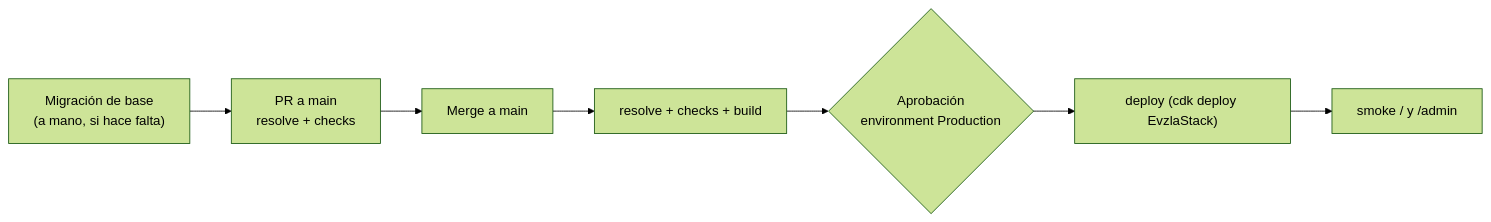
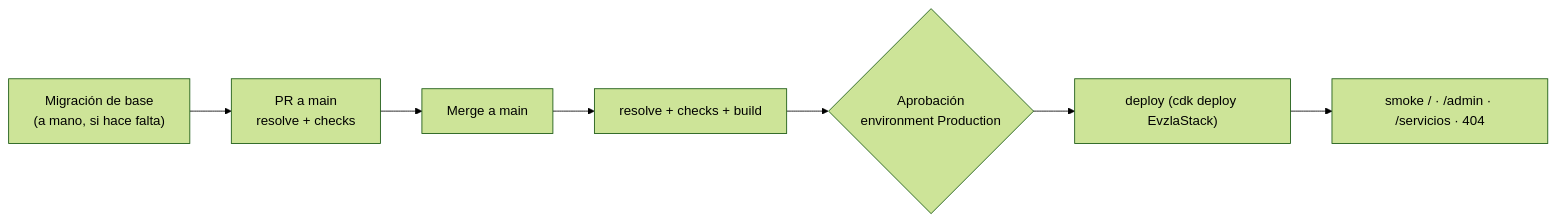
One commit to jorgeluisd/encuentramevzla changed the eighth of 8 diagrams in docs/ARCHITECTURE.md. Above: the diagram before and after it, drawn with Mermaid (forest theme). The commit also changed other lines of this file and 4 other files, not shown here.

````diff
--- a/docs/ARCHITECTURE.md
+++ b/docs/ARCHITECTURE.md
@@ -520,9 +520,9 @@
 ```mermaid
 flowchart LR
     M["Migración de base<br/>(a mano, si hace falta)"] --> PR["PR a main<br/>resolve + checks"]
     PR --> MG["Merge a main"]
     MG --> C["resolve + checks + build"]
     C --> A{"Aprobación<br/>environment Production"}
     A --> D["deploy (cdk deploy EvzlaStack)"]
-    D --> S["smoke / y /admin"]
+    D --> S["smoke / · /admin · /servicios · 404"]
 ```
````
